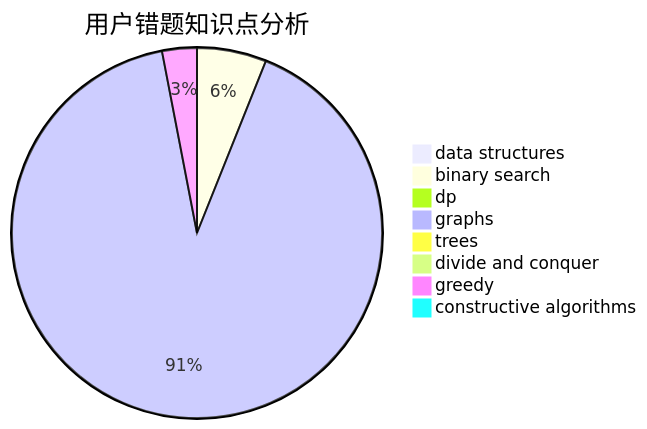
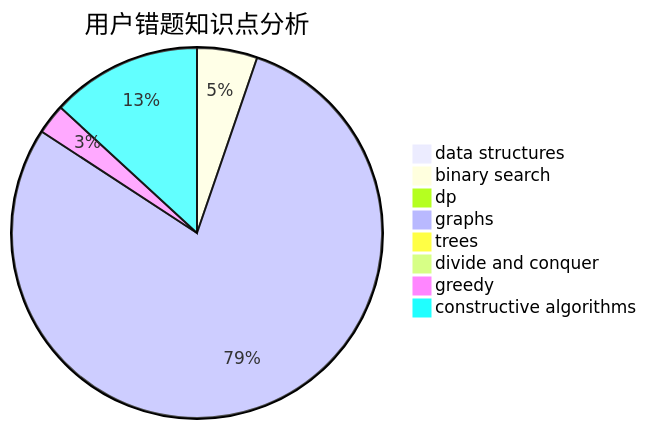
The third of 3 diagrams in docs/user/u1737.md (sherpahu/cfrs.github.io), drawn with Mermaid before and after one commit. The commit also changed other lines of this file and 2770 other files, not shown here.

````diff
--- a/docs/user/u1737.md
+++ b/docs/user/u1737.md
@@ -36,11 +36,11 @@
 ```mermaid
 pie title 用户错题知识点分析
     "data structures" :  0
     "binary search" :  2
     "dp" :  0
     "graphs" :  30
     "trees" :  0
     "divide and conquer" :  0
     "greedy" :  1
-    "constructive algorithms" :  0
+    "constructive algorithms" :  5
 ```
````
